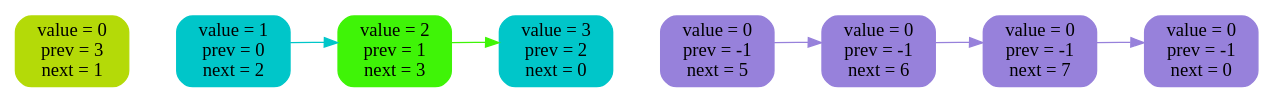
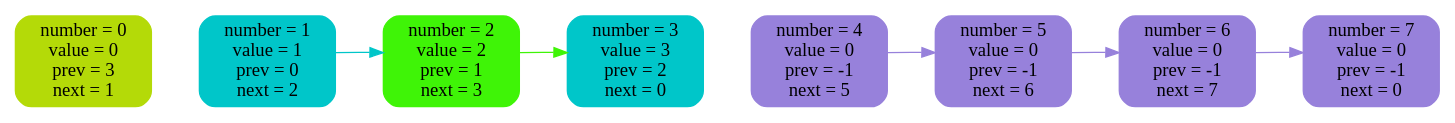
Before and after one commit to 2210223t-lang/2-linked-list: the diagram in list_log/img/4.dot, drawn with Graphviz. The commit also changed 16 other files, not shown here.

```diff
--- a/list_log/img/4.dot
+++ b/list_log/img/4.dot
@@ -1,23 +1,23 @@
 digraph {
 rankdir = LR
-n0 [ label = "value = 0\nprev = 3\nnext = 1", shape = Mrecord, fontsize = 14,style = filled, color = "#b4da08" ]
-n1 [ label = "value = 1\nprev = 0\nnext = 2", shape = Mrecord, fontsize = 14,style = filled, color = "#00c6c9" ]
-n2 [ label = "value = 2\nprev = 1\nnext = 3", shape = Mrecord, fontsize = 14,style = filled, color = "#3ff407" ]
-n3 [ label = "value = 3\nprev = 2\nnext = 0", shape = Mrecord, fontsize = 14,style = filled, color = "#00c6c9" ]
-n4 [ label = "value = 0\nprev = -1\nnext = 5", shape = Mrecord, fontsize = 14,style = filled, color = "#9781db" ]
-n5 [ label = "value = 0\nprev = -1\nnext = 6", shape = Mrecord, fontsize = 14,style = filled, color = "#9781db" ]
-n6 [ label = "value = 0\nprev = -1\nnext = 7", shape = Mrecord, fontsize = 14,style = filled, color = "#9781db" ]
-n7 [ label = "value = 0\nprev = -1\nnext = 0", shape = Mrecord, fontsize = 14,style = filled, color = "#9781db" ]
+n0 [ label = "number = 0\nvalue = 0\nprev = 3\nnext = 1", shape = Mrecord, fontsize = 14,style = filled, color = "#b4da08" ]
+n1 [ label = "number = 1\nvalue = 1\nprev = 0\nnext = 2", shape = Mrecord, fontsize = 14,style = filled, color = "#00c6c9" ]
+n2 [ label = "number = 2\nvalue = 2\nprev = 1\nnext = 3", shape = Mrecord, fontsize = 14,style = filled, color = "#3ff407" ]
+n3 [ label = "number = 3\nvalue = 3\nprev = 2\nnext = 0", shape = Mrecord, fontsize = 14,style = filled, color = "#00c6c9" ]
+n4 [ label = "number = 4\nvalue = 0\nprev = -1\nnext = 5", shape = Mrecord, fontsize = 14,style = filled, color = "#9781db" ]
+n5 [ label = "number = 5\nvalue = 0\nprev = -1\nnext = 6", shape = Mrecord, fontsize = 14,style = filled, color = "#9781db" ]
+n6 [ label = "number = 6\nvalue = 0\nprev = -1\nnext = 7", shape = Mrecord, fontsize = 14,style = filled, color = "#9781db" ]
+n7 [ label = "number = 7\nvalue = 0\nprev = -1\nnext = 0", shape = Mrecord, fontsize = 14,style = filled, color = "#9781db" ]
 n0 -> n1 [ style = invis, weight = 100 ]
 n1 -> n2 [ style = invis, weight = 100 ]
 n2 -> n3 [ style = invis, weight = 100 ]
 n3 -> n4 [ style = invis, weight = 100 ]
 n4 -> n5 [ style = invis, weight = 100 ]
 n5 -> n6 [ style = invis, weight = 100 ]
 n6 -> n7 [ style = invis, weight = 100 ]
 n1 -> n2 [style = filled, color = "#00c6c9" ]
 n2 -> n3 [style = filled, color = "#3ff407" ]
 n4 -> n5 [style = filled, color = "#9781db" ]
 n5 -> n6 [style = filled, color = "#9781db" ]
 n6 -> n7 [style = filled, color = "#9781db" ]
 }
```
